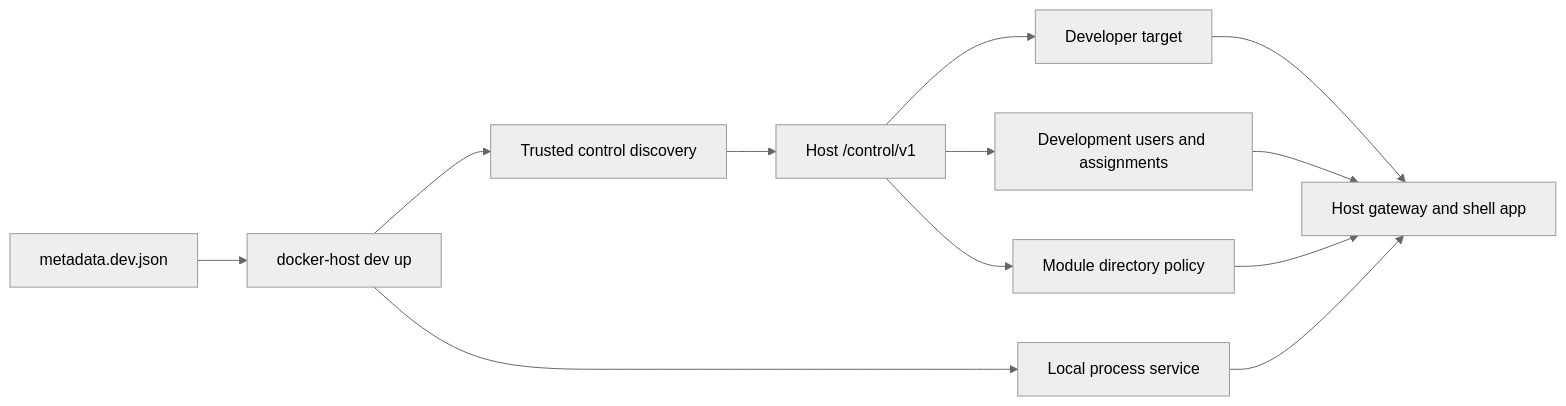
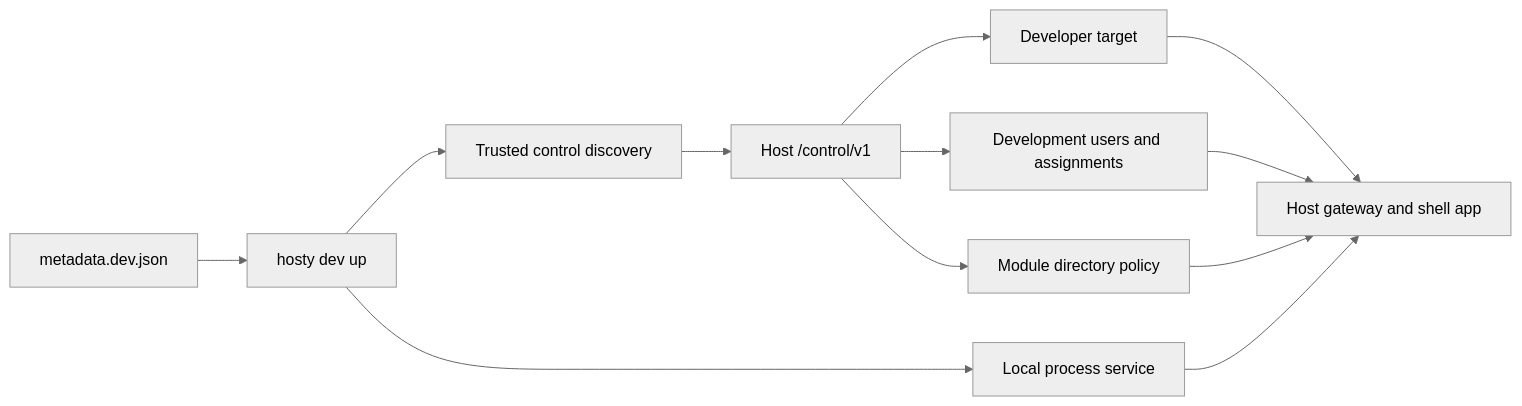
The diagram in docs/features/module-development-harness.md (alex-de-haas/docker-host), drawn with Mermaid (neutral theme) before and after one commit. The commit also changed other lines of this file and 77 other files, not shown here.

````diff
--- a/docs/features/module-development-harness.md
+++ b/docs/features/module-development-harness.md
@@ -5,14 +5,14 @@
 ```mermaid
 flowchart LR
-  A["metadata.dev.json"] --> B["docker-host dev up"]
+  A["metadata.dev.json"] --> B["hosty dev up"]
   B --> C["Trusted control discovery"]
   C --> D["Host /control/v1"]
   D --> E["Developer target"]
   D --> F["Development users and assignments"]
   D --> G["Module directory policy"]
   B --> H["Local process service"]
   E --> I["Host gateway and shell app"]
   F --> I
   G --> I
   H --> I
 ```
````
